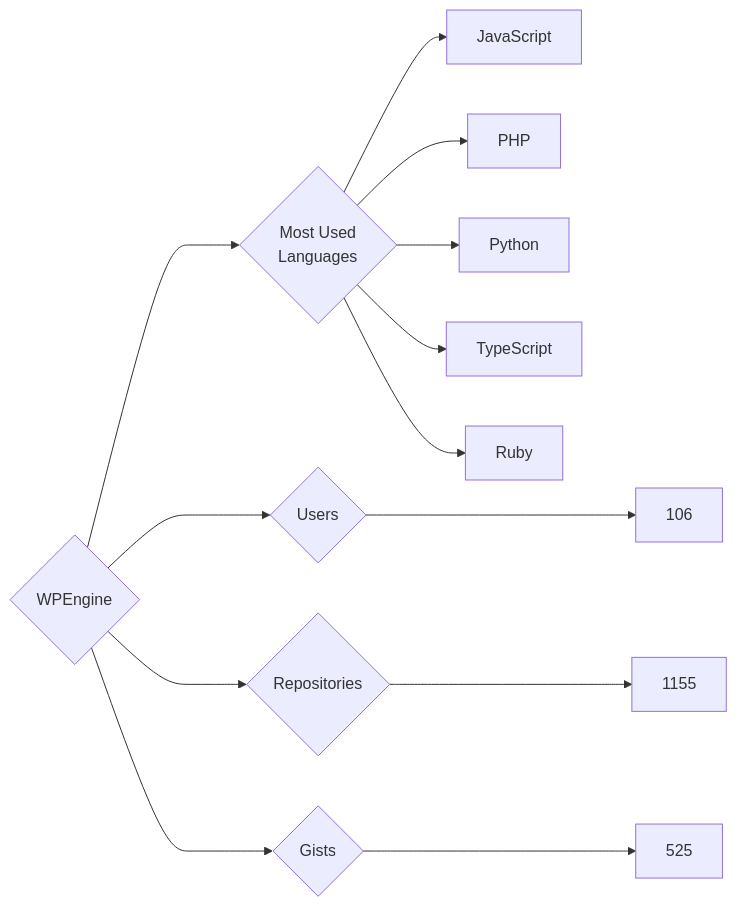
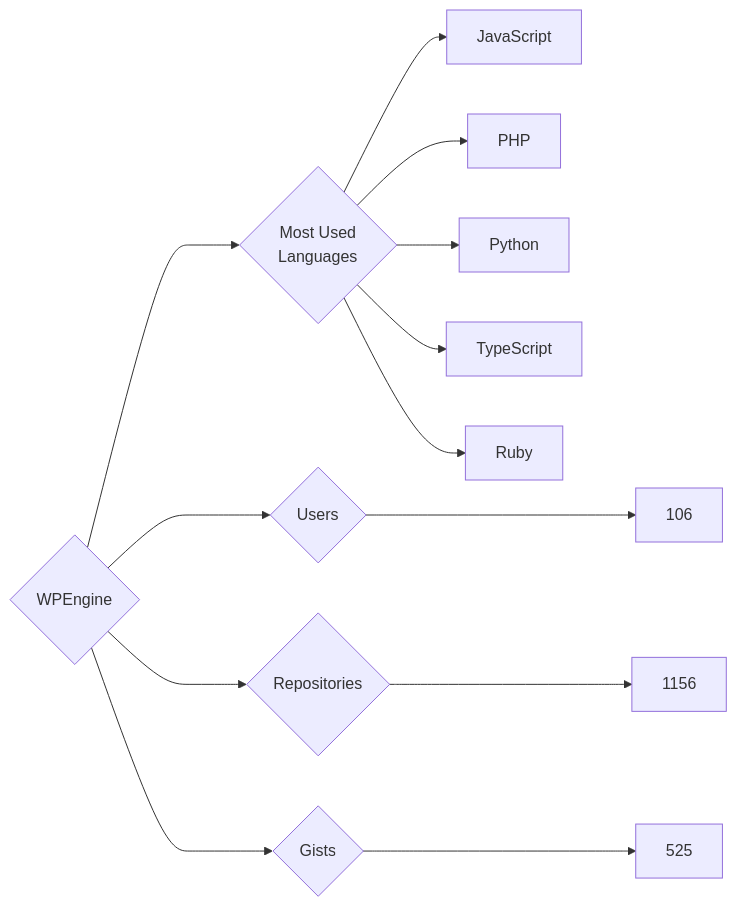
One commit to trickest/insiders changed the diagram in targets/WPEngine/README.md. Above: the diagram before and after it, drawn with Mermaid. The commit also changed 969 other files, not shown here.

````diff
--- a/targets/WPEngine/README.md
+++ b/targets/WPEngine/README.md
@@ -3,13 +3,13 @@
 ```mermaid
 graph LR
 COMPANY_NAME{WPEngine}
 COMPANY_NAME ---> U{Users} ---> UN[106]
-COMPANY_NAME ---> R{Repositories} ---> RN[1155]
+COMPANY_NAME ---> R{Repositories} ---> RN[1156]
 COMPANY_NAME ---> G{Gists} ---> GN[525]
 COMPANY_NAME ---> ML{Most Used<br>Languages}
 ML --> JavaScript[JavaScript]
 ML --> PHP[PHP]
 ML --> Python[Python]
 ML --> TypeScript[TypeScript]
 ML --> Ruby[Ruby]
 ```
````
